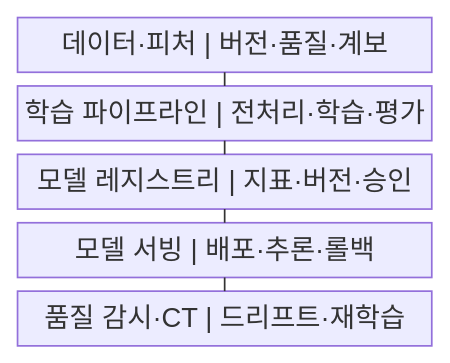
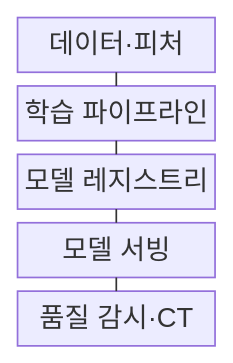
Before and after one commit to agnusdei1207/knowledge-base: the first of 2 diagrams in src/content/docs/notes/03-software/202_mlops_pipeline.md, drawn with Mermaid. The commit also changed other lines of this file and 238 other files, not shown here.

````diff
--- a/src/content/docs/notes/03-software/202_mlops_pipeline.md
+++ b/src/content/docs/notes/03-software/202_mlops_pipeline.md
@@ -56,13 +56,13 @@
 ```mermaid
-block
+block-beta
     columns 1
-    A["데이터·피처 | 버전·품질·계보"]
-    B["학습 파이프라인 | 전처리·학습·평가"]
-    C["모델 레지스트리 | 지표·버전·승인"]
-    D["모델 서빙 | 배포·추론·롤백"]
-    E["품질 감시·CT | 드리프트·재학습"]
+    A["데이터·피처"]
+    B["학습 파이프라인"]
+    C["모델 레지스트리"]
+    D["모델 서빙"]
+    E["품질 감시·CT"]
     A --- B
     B --- C
     C --- D
     D --- E
 ```
````
